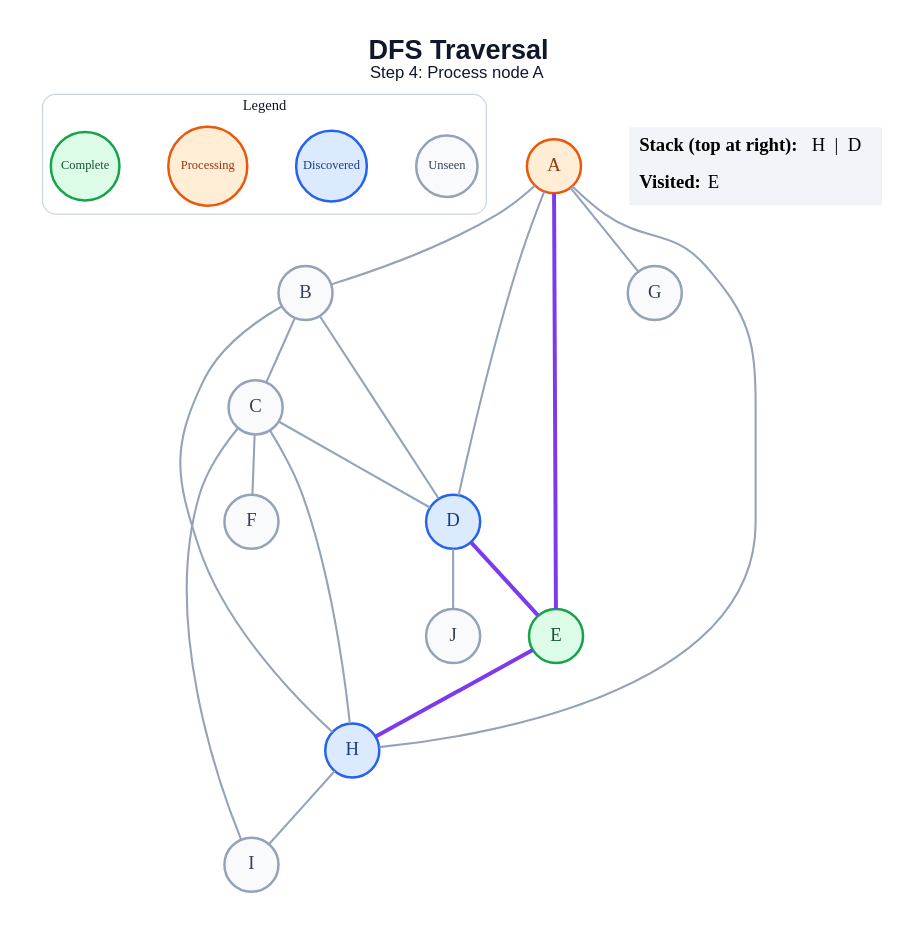
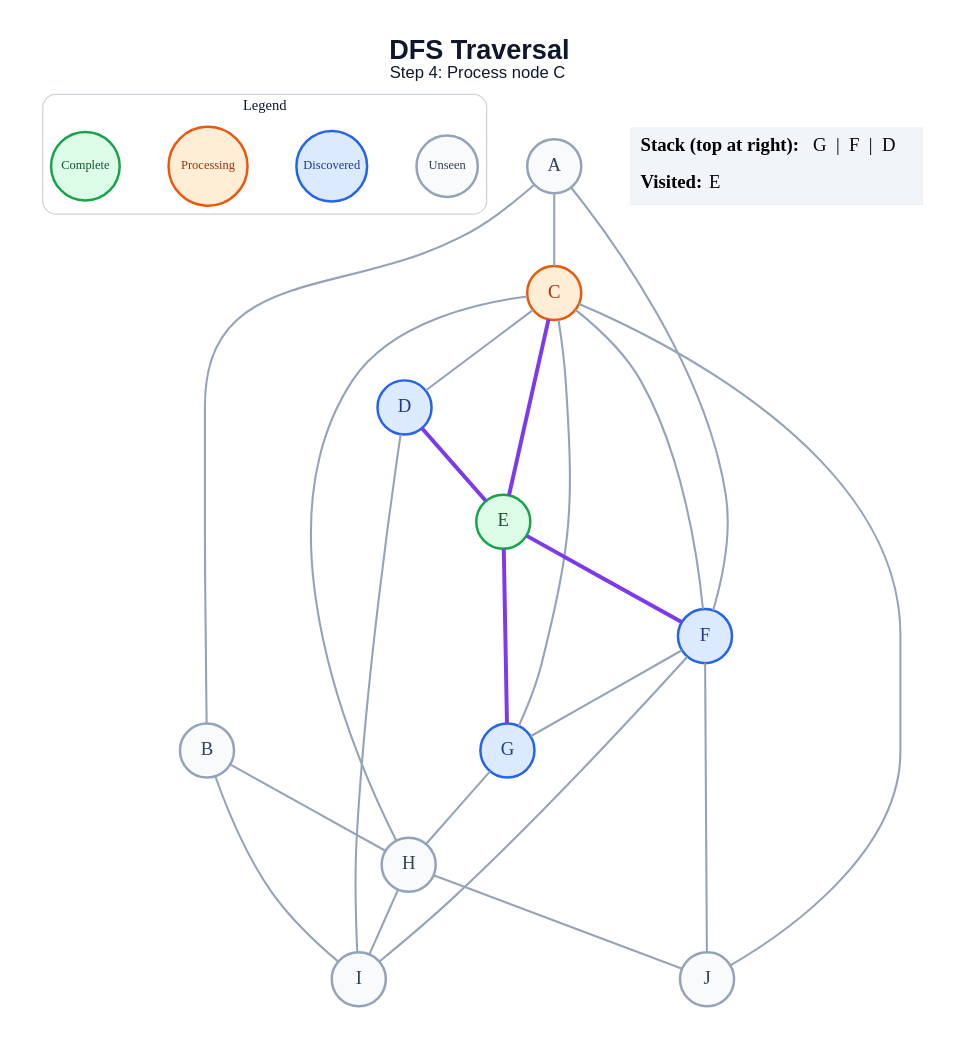
Before and after one commit to amanghodawala9/ai-slop: the diagram in generated/specific-node/dfs/step_04.dot, drawn with Graphviz. The commit also changed 178 other files, not shown here.

```diff
--- a/generated/specific-node/dfs/step_04.dot
+++ b/generated/specific-node/dfs/step_04.dot
@@ -1,45 +1,50 @@
 graph traversal {
   graph [layout=dot, rankdir=TB, bgcolor="#FFFFFF", pad="0.35", nodesep="0.65", ranksep="0.8", fontname="Arial"];
   node [shape=circle, style="filled", fontname="Arial Bold", fontsize=18, width=0.72, fixedsize=true, penwidth=2.4];
   edge [color="#94A3B8", penwidth=2.0];
-  label=<<B>DFS Traversal</B><BR/><FONT POINT-SIZE="16">Step 4: Process node A</FONT>>; labelloc="t"; fontsize=26; fontname="Arial"; fontcolor="#0F172A";
+  label=<<B>DFS Traversal</B><BR/><FONT POINT-SIZE="16">Step 4: Process node C</FONT>>; labelloc="t"; fontsize=26; fontname="Arial"; fontcolor="#0F172A";
   subgraph cluster_legend { label="Legend"; color="#CBD5E1"; penwidth=1.2; style="rounded"; fontsize=14; fontname="Arial Bold";
     key_unseen [label="Unseen", fillcolor="#F8FAFC", color="#94A3B8", fontcolor="#334155", fontsize=12, width=0.82];
     key_frontier [label="Discovered", fillcolor="#DBEAFE", color="#2563EB", fontcolor="#1E3A8A", fontsize=12, width=0.95];
     key_current [label="Processing", fillcolor="#FFEDD5", color="#EA580C", fontcolor="#9A3412", fontsize=12, width=1.05];
     key_done [label="Complete", fillcolor="#DCFCE7", color="#16A34A", fontcolor="#14532D", fontsize=12, width=0.92];
     { rank=same; key_unseen; key_frontier; key_current; key_done; }
   }
-  A [fillcolor="#FFEDD5", color="#EA580C", fontcolor="#9A3412"];
+  A [fillcolor="#F8FAFC", color="#94A3B8", fontcolor="#334155"];
   B [fillcolor="#F8FAFC", color="#94A3B8", fontcolor="#334155"];
-  C [fillcolor="#F8FAFC", color="#94A3B8", fontcolor="#334155"];
+  C [fillcolor="#FFEDD5", color="#EA580C", fontcolor="#9A3412"];
   D [fillcolor="#DBEAFE", color="#2563EB", fontcolor="#1E3A8A"];
   E [fillcolor="#DCFCE7", color="#16A34A", fontcolor="#14532D"];
-  F [fillcolor="#F8FAFC", color="#94A3B8", fontcolor="#334155"];
-  G [fillcolor="#F8FAFC", color="#94A3B8", fontcolor="#334155"];
-  H [fillcolor="#DBEAFE", color="#2563EB", fontcolor="#1E3A8A"];
+  F [fillcolor="#DBEAFE", color="#2563EB", fontcolor="#1E3A8A"];
+  G [fillcolor="#DBEAFE", color="#2563EB", fontcolor="#1E3A8A"];
+  H [fillcolor="#F8FAFC", color="#94A3B8", fontcolor="#334155"];
   I [fillcolor="#F8FAFC", color="#94A3B8", fontcolor="#334155"];
   J [fillcolor="#F8FAFC", color="#94A3B8", fontcolor="#334155"];
   A -- B;
-  A -- D;
-  A -- E [color="#7C3AED", penwidth=3.8];
-  A -- G;
-  A -- H;
-  B -- C;
-  B -- D;
+  A -- C;
+  A -- F;
   B -- H;
+  B -- I;
   C -- D;
+  C -- E [color="#7C3AED", penwidth=3.8];
   C -- F;
+  C -- G;
   C -- H;
-  C -- I;
+  C -- J;
   D -- E [color="#7C3AED", penwidth=3.8];
-  D -- J;
-  E -- H [color="#7C3AED", penwidth=3.8];
+  D -- I;
+  E -- F [color="#7C3AED", penwidth=3.8];
+  E -- G [color="#7C3AED", penwidth=3.8];
+  F -- G;
+  F -- I;
+  F -- J;
+  G -- H;
   H -- I;
+  H -- J;
   status [shape=plain, fixedsize=false, width=0, height=0, margin=0, label=<
     <TABLE BORDER="0" CELLBORDER="0" CELLPADDING="7" BGCOLOR="#F1F5F9">
-      <TR><TD ALIGN="LEFT"><B>Stack (top at right):</B> H  |  D</TD></TR>
+      <TR><TD ALIGN="LEFT"><B>Stack (top at right):</B> G  |  F  |  D</TD></TR>
       <TR><TD ALIGN="LEFT"><B>Visited:</B> E</TD></TR>
     </TABLE>
   >];
 }
```
